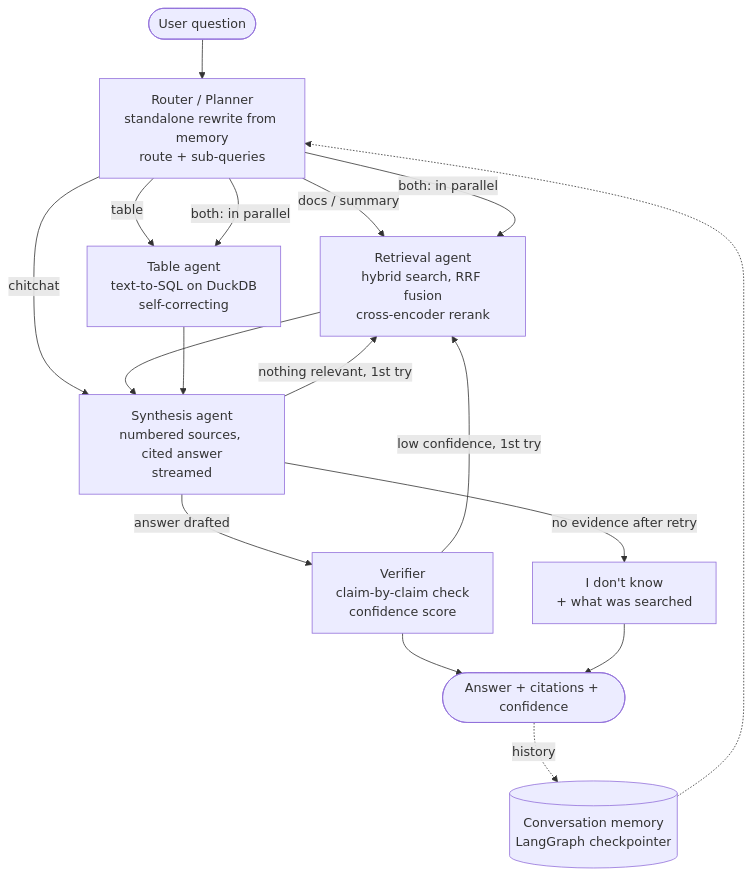
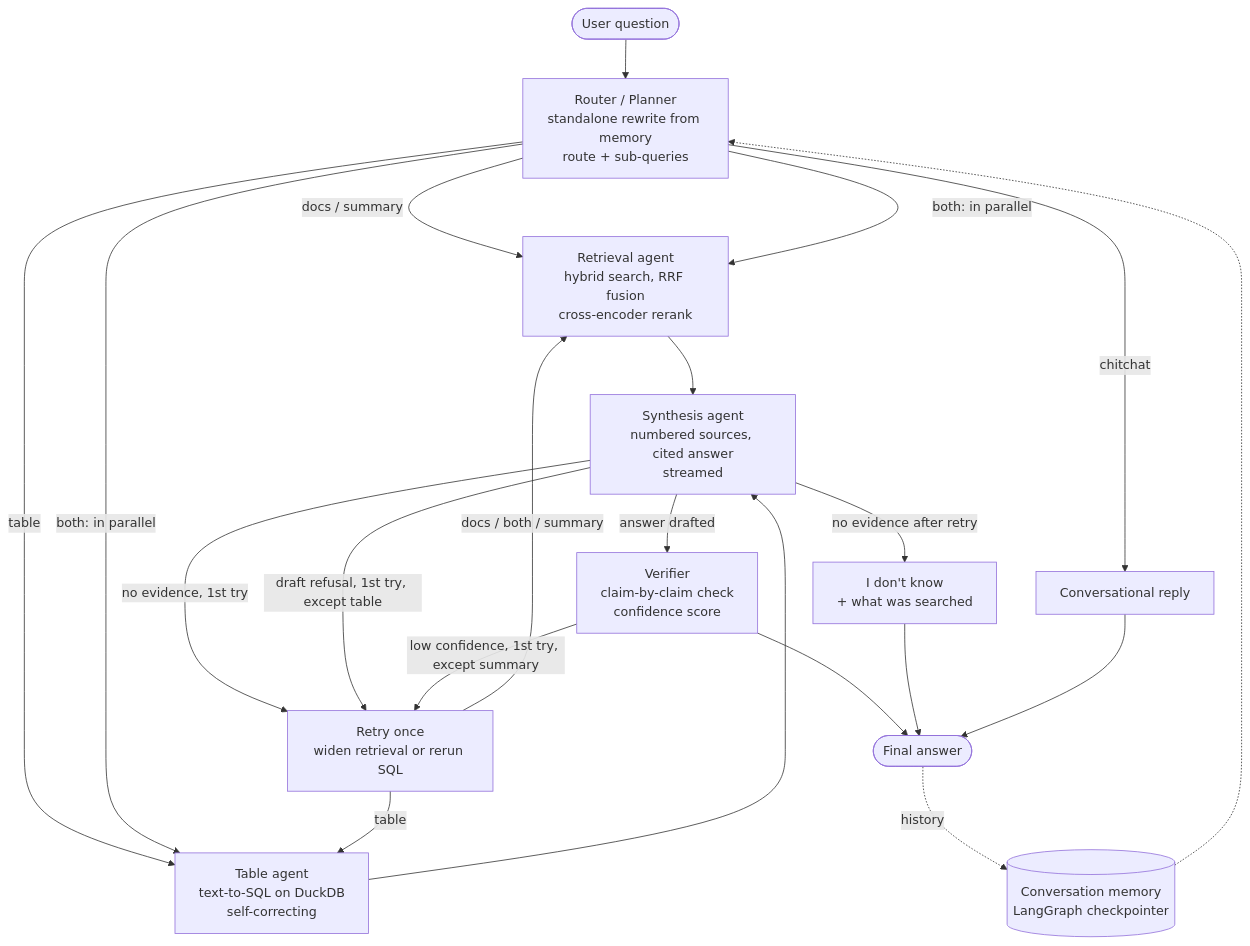
The second of 2 diagrams in README.md (anoushkasahay030-arch/DocuPilot), drawn with Mermaid before and after one commit. The commit also changed other lines of this file, not shown here.

````diff
--- a/README.md
+++ b/README.md
@@ -175,18 +193,22 @@
 ```mermaid
 flowchart TD
     Q([User question]) --> RT[Router / Planner<br/>standalone rewrite from memory<br/>route + sub-queries]
     RT -->|docs / summary| RET[Retrieval agent<br/>hybrid search, RRF fusion<br/>cross-encoder rerank]
     RT -->|table| TAB[Table agent<br/>text-to-SQL on DuckDB<br/>self-correcting]
     RT -->|both: in parallel| RET & TAB
-    RT -->|chitchat| SYN
+    RT -->|chitchat| CHAT[Conversational reply]
     RET --> SYN[Synthesis agent<br/>numbered sources, cited answer<br/>streamed]
     TAB --> SYN
-    SYN -->|nothing relevant, 1st try| RET
+    SYN -->|no evidence, 1st try| RETRY[Retry once<br/>widen retrieval or rerun SQL]
+    SYN -->|draft refusal, 1st try, except table| RETRY
     SYN -->|answer drafted| VER[Verifier<br/>claim-by-claim check<br/>confidence score]
     SYN -->|no evidence after retry| IDK[I don't know<br/>+ what was searched]
-    VER -->|low confidence, 1st try| RET
-    VER --> OUT([Answer + citations + confidence])
+    VER -->|low confidence, 1st try, except summary| RETRY
+    RETRY -->|docs / both / summary| RET
+    RETRY -->|table| TAB
+    VER --> OUT([Final answer])
     IDK --> OUT
+    CHAT --> OUT
     OUT -.->|history| MEM[(Conversation memory<br/>LangGraph checkpointer)]
     MEM -.-> RT
 ```
````
